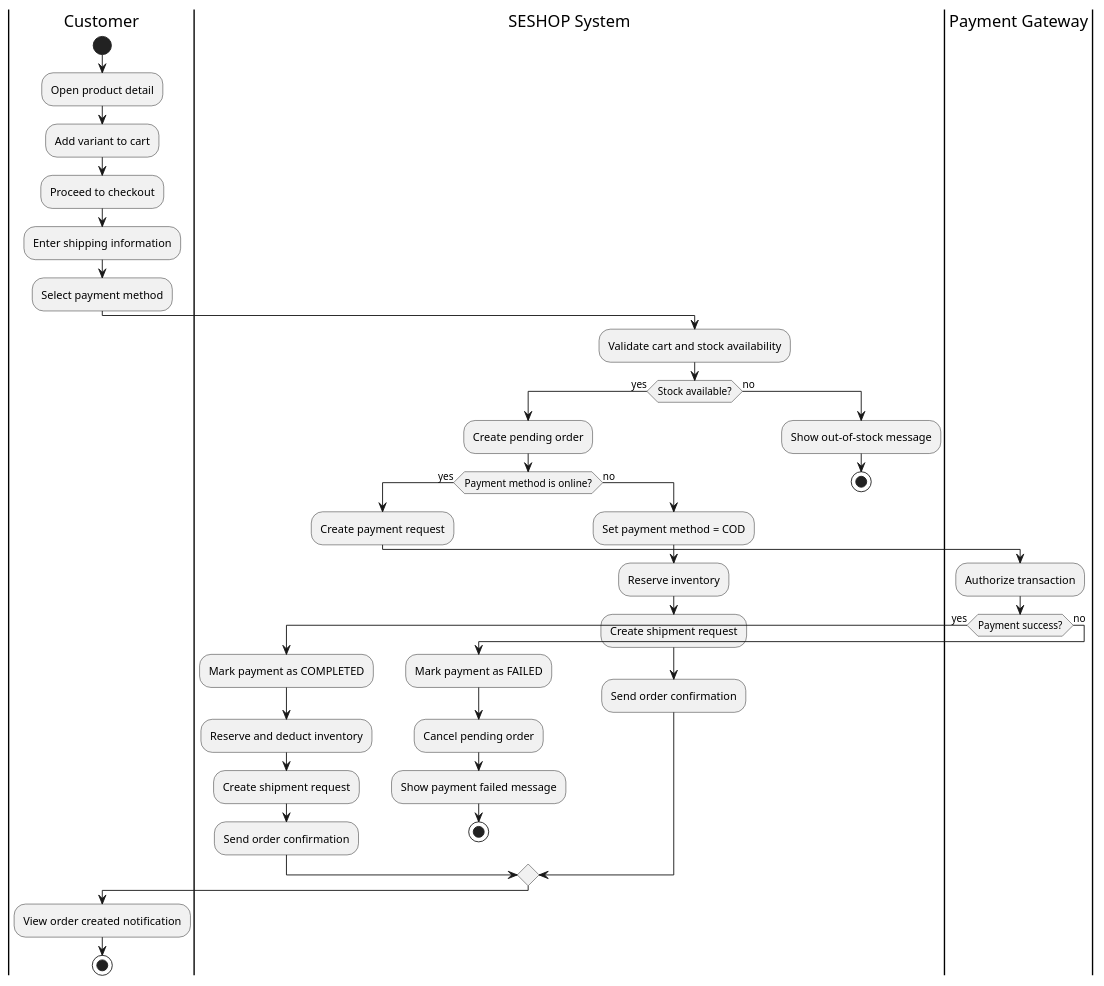
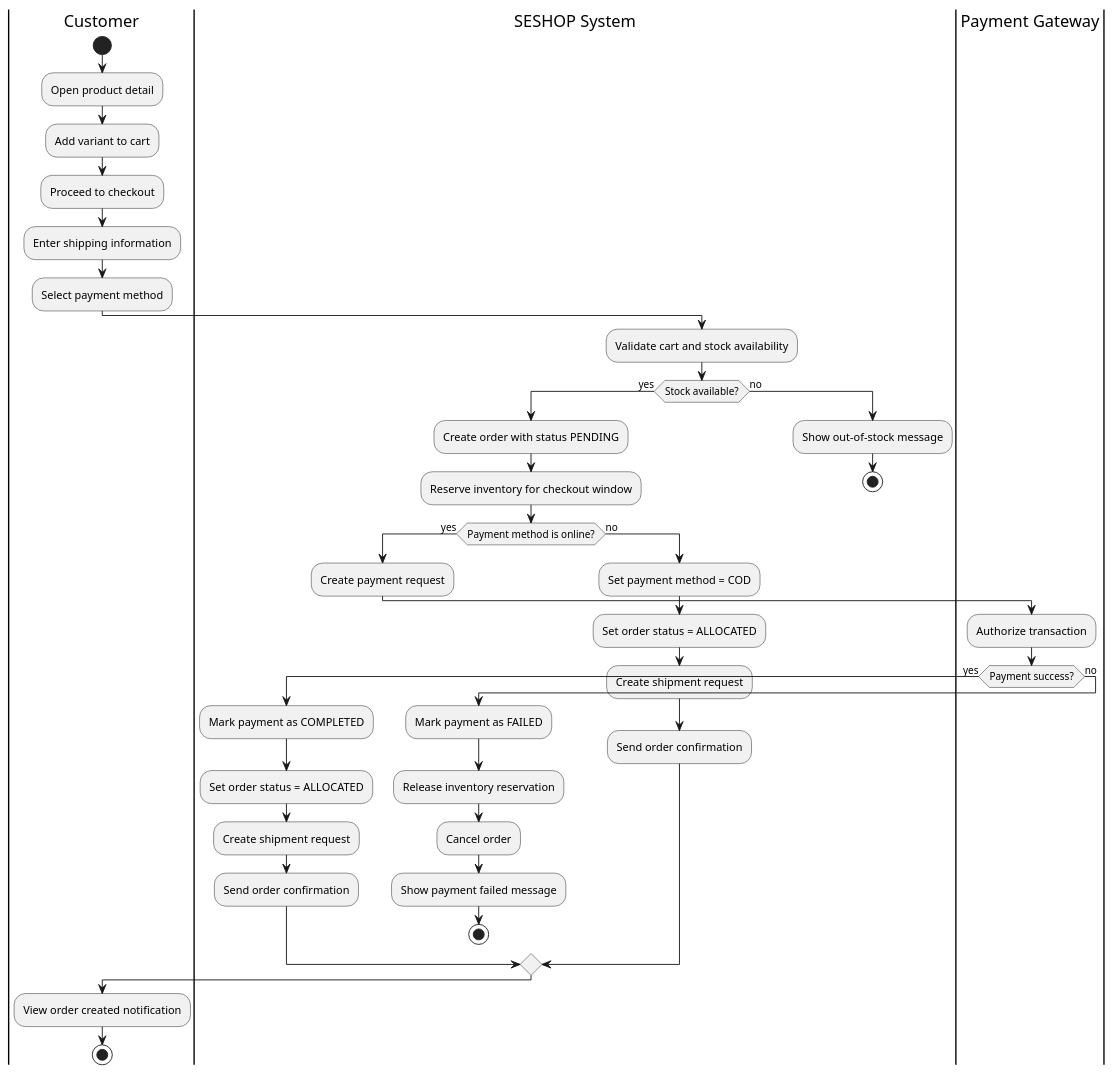
Before and after one commit to dieuxuanhien/SeShop: the diagram in docs/2. Diagrams/activity/checkout-and-payment.puml, drawn with PlantUML. The commit also changed 23 other files, not shown here.

```diff
--- a/docs/2. Diagrams/activity/checkout-and-payment.puml
+++ b/docs/2. Diagrams/activity/checkout-and-payment.puml
@@ -1,46 +1,48 @@
 @startuml
 |Customer|
 start
 :Open product detail;
 :Add variant to cart;
 :Proceed to checkout;
 :Enter shipping information;
 :Select payment method;
 
 |SESHOP System|
 :Validate cart and stock availability;
 if (Stock available?) then (yes)
-  :Create pending order;
+  :Create order with status PENDING;
+  :Reserve inventory for checkout window;
   if (Payment method is online?) then (yes)
     :Create payment request;
 
     |Payment Gateway|
     :Authorize transaction;
     if (Payment success?) then (yes)
       |SESHOP System|
       :Mark payment as COMPLETED;
-      :Reserve and deduct inventory;
+      :Set order status = ALLOCATED;
       :Create shipment request;
       :Send order confirmation;
     else (no)
       |SESHOP System|
       :Mark payment as FAILED;
-      :Cancel pending order;
+      :Release inventory reservation;
+      :Cancel order;
       :Show payment failed message;
       stop
     endif
   else (no)
     :Set payment method = COD;
-    :Reserve inventory;
+    :Set order status = ALLOCATED;
     :Create shipment request;
     :Send order confirmation;
   endif
 else (no)
   :Show out-of-stock message;
   stop
 endif
 
 |Customer|
 :View order created notification;
 stop
 @enduml
```
